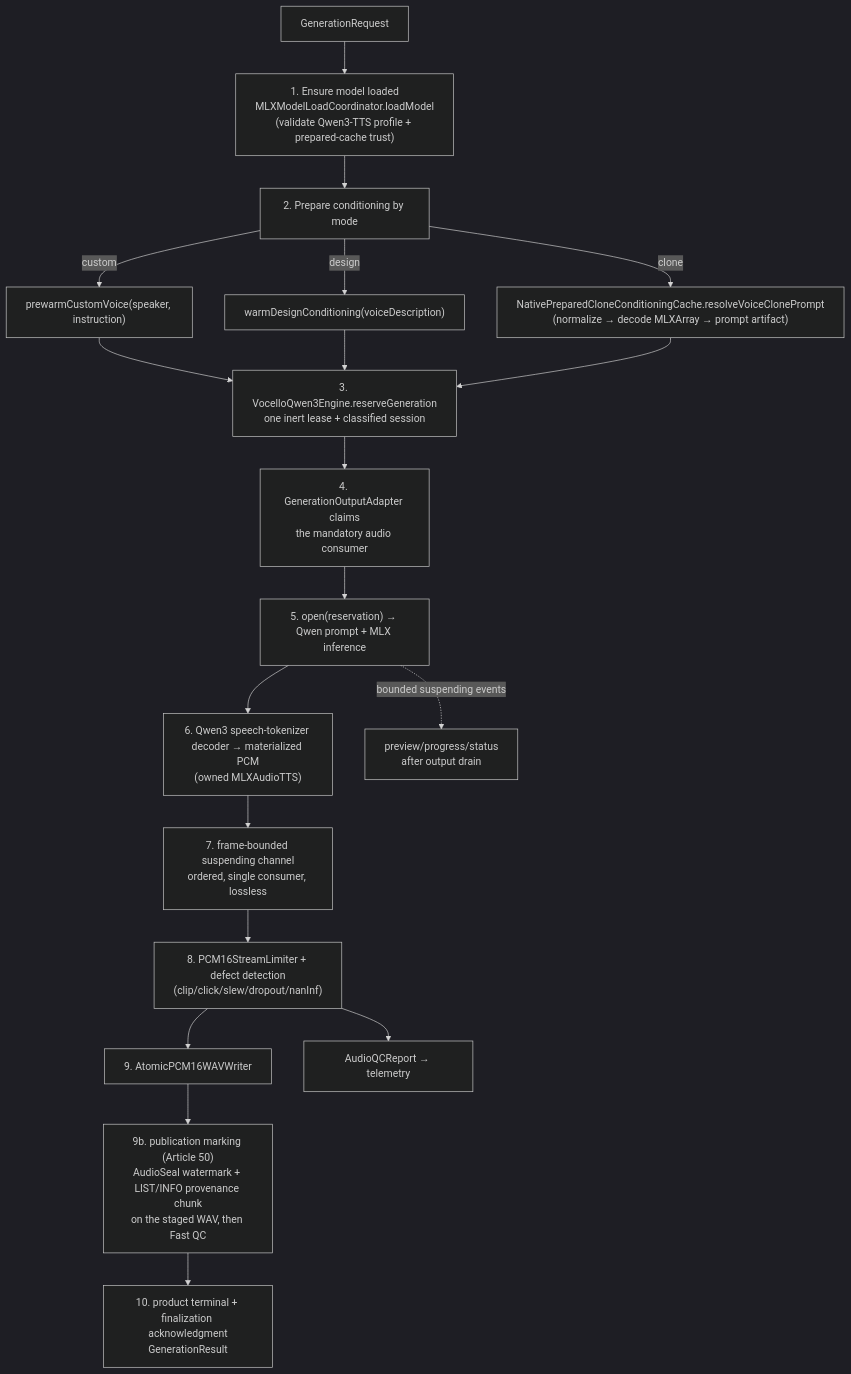
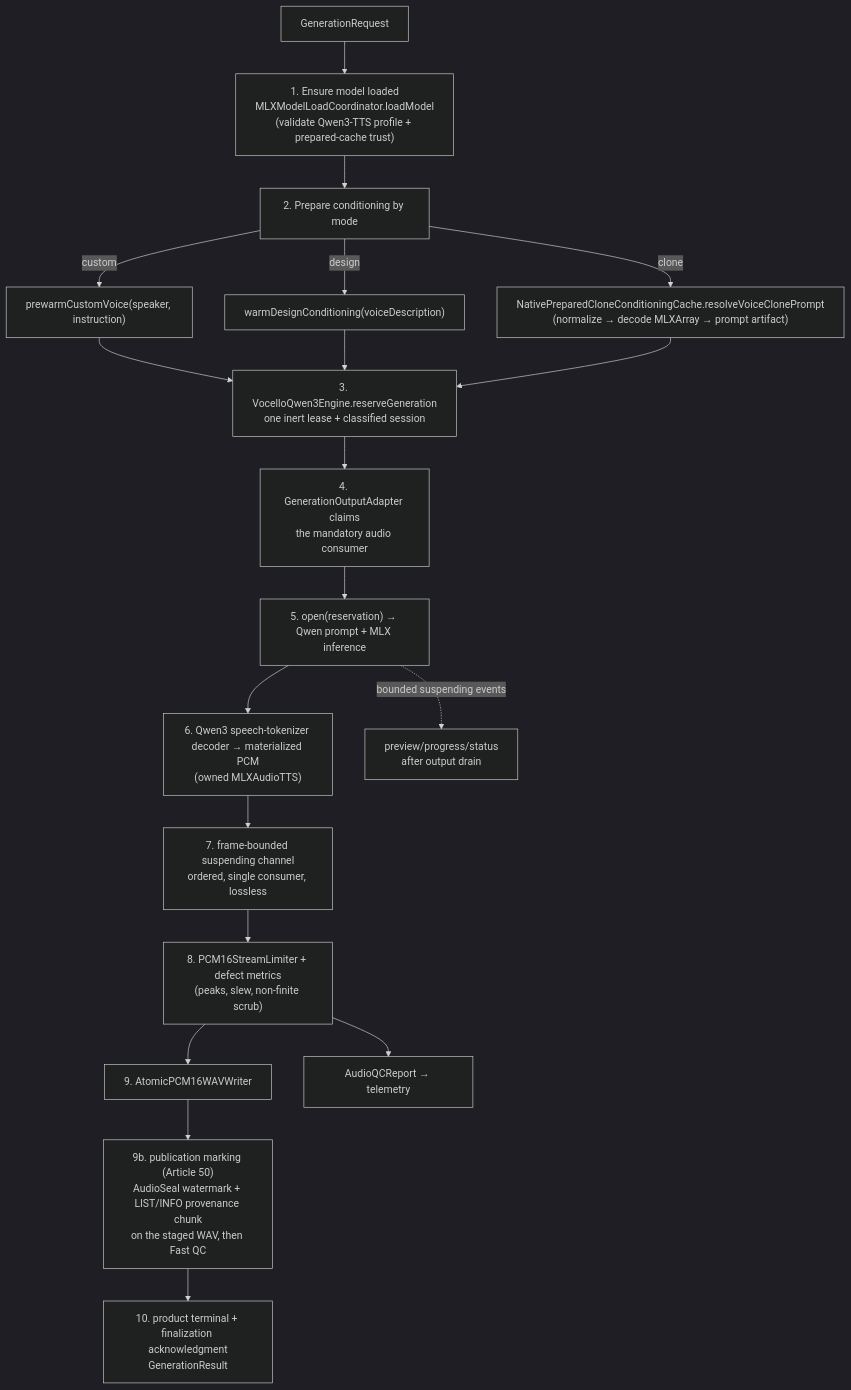
One commit to PowerBeef/Vocello changed the third of 7 diagrams in docs/ARCHITECTURE.md. Above: the diagram before and after it, drawn with Mermaid (dark theme). The commit also changed other lines of this file, not shown here.

First line of the commit message:
docs: ARCHITECTURE names the current CLI command model, Fast QC flags and pins (RF-39)

````diff
--- a/docs/ARCHITECTURE.md
+++ b/docs/ARCHITECTURE.md
@@ -369,21 +370,21 @@
 ```mermaid
 flowchart TD
     Req["GenerationRequest"] --> Ensure["1. Ensure model loaded<br/>MLXModelLoadCoordinator.loadModel<br/>(validate Qwen3-TTS profile + prepared-cache trust)"]
     Ensure --> Cond["2. Prepare conditioning by mode"]
     Cond -->|"custom"| CW["prewarmCustomVoice(speaker, instruction)"]
     Cond -->|"design"| DW["warmDesignConditioning(voiceDescription)"]
     Cond -->|"clone"| CL["NativePreparedCloneConditioningCache.resolveVoiceClonePrompt<br/>(normalize → decode MLXArray → prompt artifact)"]
     CW --> Reserve
     DW --> Reserve
     CL --> Reserve
     Reserve["3. VocelloQwen3Engine.reserveGeneration<br/>one inert lease + classified session"] --> Bind["4. GenerationOutputAdapter claims<br/>the mandatory audio consumer"]
     Bind --> Open["5. open(reservation) → Qwen prompt + MLX inference"]
     Open --> Codec["6. Qwen3 speech-tokenizer decoder → materialized PCM<br/>(owned MLXAudioTTS)"]
     Codec --> Channel["7. frame-bounded suspending channel<br/>ordered, single consumer, lossless"]
-    Channel --> Lim["8. PCM16StreamLimiter + defect detection<br/>(clip/click/slew/dropout/nanInf)"]
+    Channel --> Lim["8. PCM16StreamLimiter + defect metrics<br/>(peaks, slew, non-finite scrub)"]
     Lim --> WAV["9. AtomicPCM16WAVWriter"]
     WAV --> Mark["9b. publication marking (Article 50)<br/>AudioSeal watermark + LIST/INFO provenance chunk<br/>on the staged WAV, then Fast QC"]
     Mark --> Out["10. product terminal + finalization acknowledgment<br/>GenerationResult"]
     Open -.->|"bounded suspending events"| Ev["preview/progress/status<br/>after output drain"]
     Lim --> QC["AudioQCReport → telemetry"]
 ```
````
